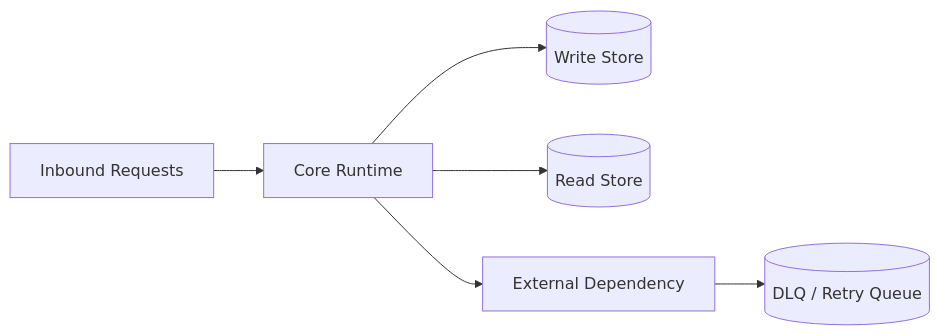
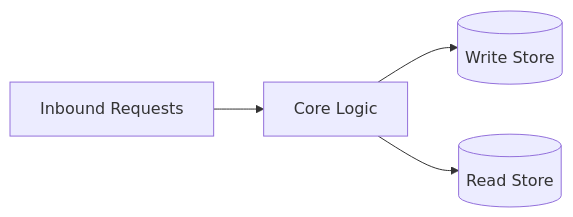
Before and after one commit to alexhraber/builddeck: the first of 2 diagrams in .decapod/generated/specs/ARCHITECTURE.md, drawn with Mermaid. The commit also changed other lines of this file and 15 other files, not shown here.

````diff
--- a/.decapod/generated/specs/ARCHITECTURE.md
+++ b/.decapod/generated/specs/ARCHITECTURE.md
@@ -79,8 +39,6 @@
 ```mermaid
 flowchart LR
-  I[Inbound Requests] --> C[Core Runtime]
+  I[Inbound Requests] --> C[Core Logic]
   C --> W[(Write Store)]
   C --> R[(Read Store)]
-  C --> E[External Dependency]
-  E --> DLQ[(DLQ / Retry Queue)]
 ```
````
